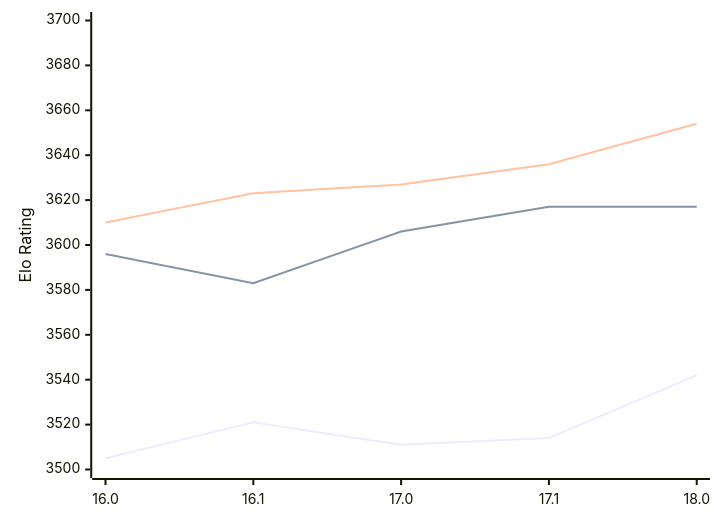
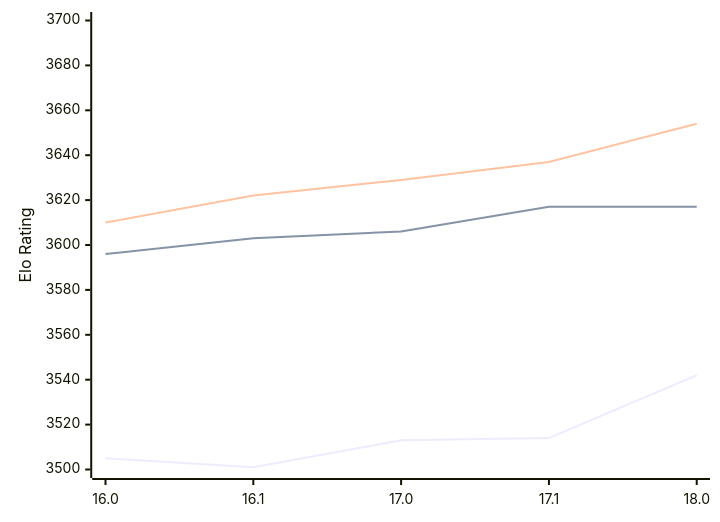
Before and after one commit to computer-chess-index/cci: the diagram in engines/Stockfish.md, drawn with Mermaid. The commit also changed other lines of this file, not shown here.

Commit message:
Update CCI Ratings (ELO VLTC) - 2026-02-11

````diff
--- a/engines/Stockfish.md
+++ b/engines/Stockfish.md
@@ -43,9 +43,9 @@
 ```mermaid
 %%{init: {"theme":"base","themeVariables":{"seriesColors:['#a3a3a3','#222221','#faa371']}}}%%
 xychart-beta
   x-axis ["16.0", "16.1", "17.0", "17.1", "18.0"]
   y-axis "Elo Rating" 3500 --> 3700
-  line "STC (8.0+0.08s)" [3505, 3521, 3511, 3514, 3542]
-  line "LTC (60.0+0.60s)" [3596, 3583, 3606, 3617, 3617]
-  line "VLTC (2m24s+1.12s)" [3610, 3623, 3627, 3636, 3654]
+  line "STC (8.0+0.08s)" [3505, 3501, 3513, 3514, 3542]
+  line "LTC (60.0+0.60s)" [3596, 3603, 3606, 3617, 3617]
+  line "VLTC (2m24s+1.12s)" [3610, 3622, 3629, 3637, 3654]
 ```
````
